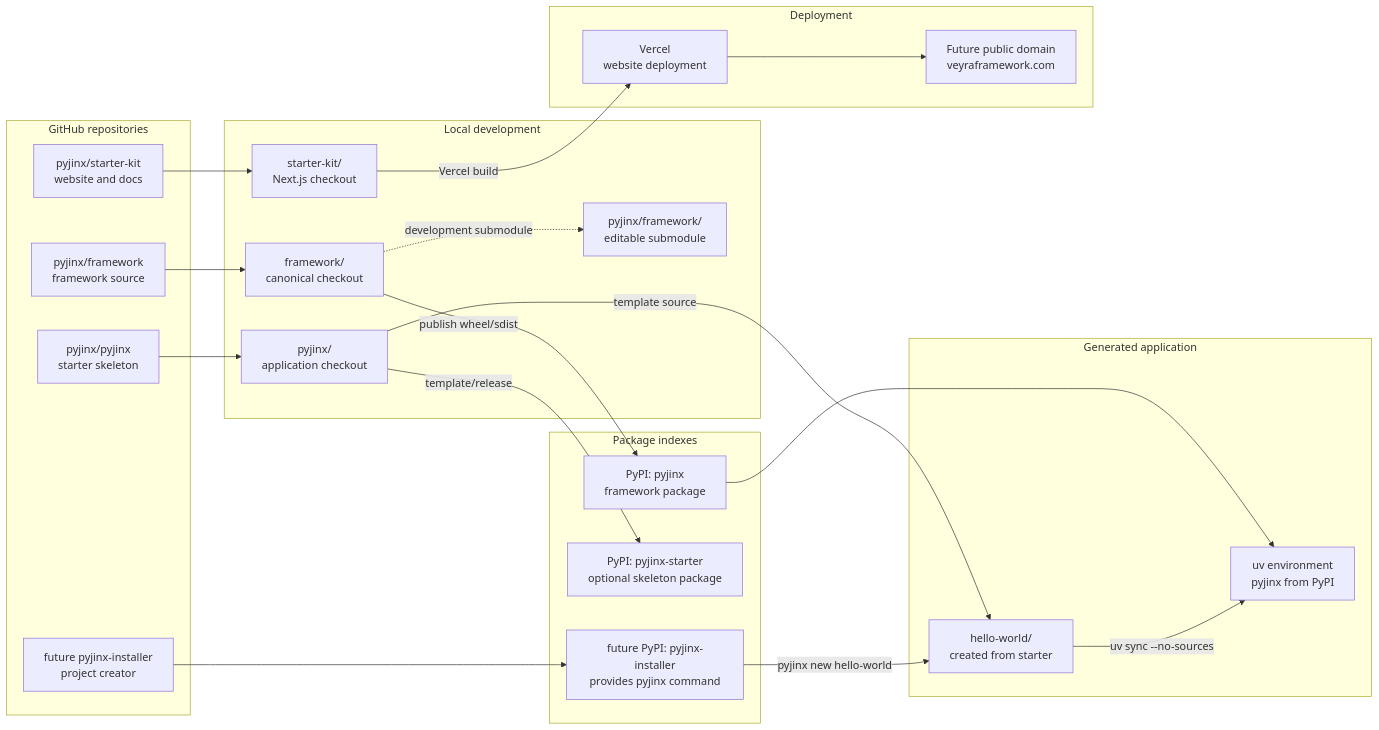
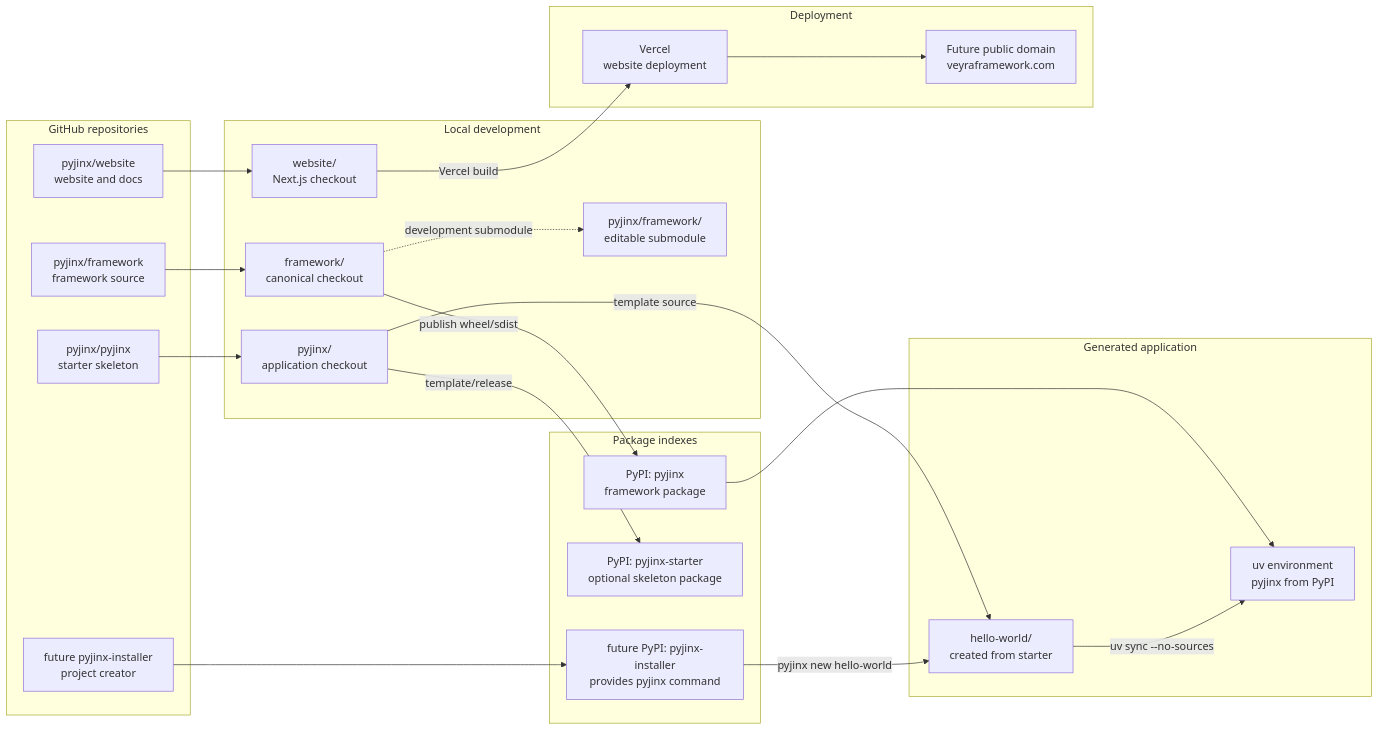
One commit to pyjinx/framework changed the first of 4 diagrams in docs/PROJECT_ARCHITECTURE.md. Above: the diagram before and after it, drawn with Mermaid. The commit also changed other lines of this file, not shown here.

Commit message:
Rename website repository architecture mapping

````diff
--- a/docs/PROJECT_ARCHITECTURE.md
+++ b/docs/PROJECT_ARCHITECTURE.md
@@ -32,48 +32,48 @@
 ```mermaid
 flowchart LR
     subgraph GitHub[GitHub repositories]
         FW[pyjinx/framework\nframework source]
         SK[pyjinx/pyjinx\nstarter skeleton]
-        SITE[pyjinx/starter-kit\nwebsite and docs]
+        SITE[pyjinx/website\nwebsite and docs]
         INST[future pyjinx-installer\nproject creator]
     end
 
     subgraph Dev[Local development]
         FWC[framework/\ncanonical checkout]
         SKC[pyjinx/\napplication checkout]
         SUB[pyjinx/framework/\neditable submodule]
-        SITEC[starter-kit/\nNext.js checkout]
+        SITEC[website/\nNext.js checkout]
     end
 
     subgraph Packages[Package indexes]
         PYPIFW[PyPI: pyjinx\nframework package]
         PYPIST[PyPI: pyjinx-starter\noptional skeleton package]
         PYPIINST[future PyPI: pyjinx-installer\nprovides pyjinx command]
     end
 
     subgraph Generated[Generated application]
         APP[hello-world/\ncreated from starter]
         ENV[uv environment\npyjinx from PyPI]
     end
 
     subgraph Hosting[Deployment]
         VERCEL[Vercel\nwebsite deployment]
         DOMAIN[Future public domain\nveyraframework.com]
     end
 
     FW --> FWC
     SK --> SKC
     FWC -. development submodule .-> SUB
     SITE --> SITEC
     INST --> PYPIINST
 
     FWC -->|publish wheel/sdist| PYPIFW
     SKC -->|template/release| PYPIST
     SITEC -->|Vercel build| VERCEL
     VERCEL --> DOMAIN
 
     PYPIINST -->|pyjinx new hello-world| APP
     SKC -->|template source| APP
     APP -->|uv sync --no-sources| ENV
     PYPIFW --> ENV
 ```
````
